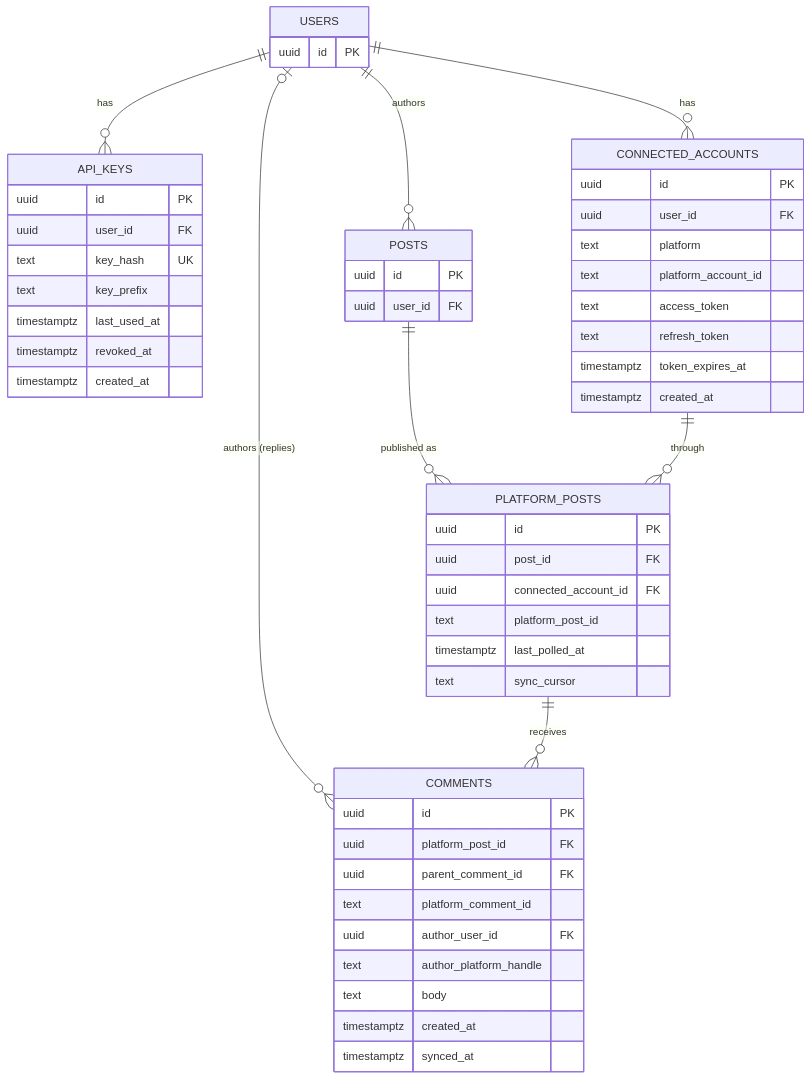
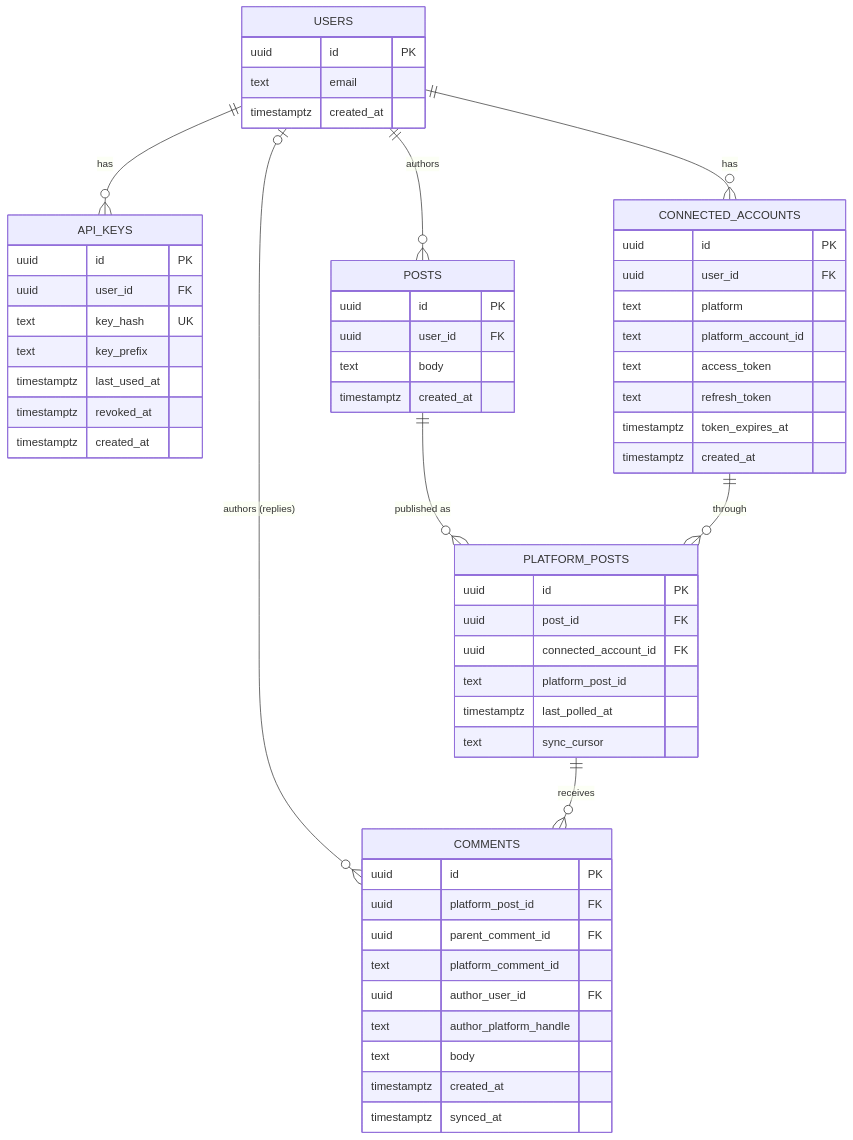
One commit to nesterone/assessment-blotato changed the diagram in docs/schema.mmd. Above: the diagram before and after it, drawn with Mermaid. The commit also changed 2 other files, not shown here.

Commit message:
Schema: flesh out users/posts stubs with host-system context fields

```diff
--- a/docs/schema.mmd
+++ b/docs/schema.mmd
@@ -1,54 +1,58 @@
 erDiagram
     USERS ||--o{ API_KEYS : "has"
     USERS ||--o{ CONNECTED_ACCOUNTS : "has"
     USERS ||--o{ POSTS : "authors"
     USERS |o--o{ COMMENTS : "authors (replies)"
     POSTS ||--o{ PLATFORM_POSTS : "published as"
     CONNECTED_ACCOUNTS ||--o{ PLATFORM_POSTS : "through"
     PLATFORM_POSTS ||--o{ COMMENTS : "receives"
 
     USERS {
         uuid id PK
+        text email
+        timestamptz created_at
     }
     API_KEYS {
         uuid id PK
         uuid user_id FK
         text key_hash UK
         text key_prefix
         timestamptz last_used_at
         timestamptz revoked_at
         timestamptz created_at
     }
     CONNECTED_ACCOUNTS {
         uuid id PK
         uuid user_id FK
         text platform
         text platform_account_id
         text access_token
         text refresh_token
         timestamptz token_expires_at
         timestamptz created_at
     }
     POSTS {
         uuid id PK
         uuid user_id FK
+        text body
+        timestamptz created_at
     }
     PLATFORM_POSTS {
         uuid id PK
         uuid post_id FK
         uuid connected_account_id FK
         text platform_post_id
         timestamptz last_polled_at
         text sync_cursor
     }
     COMMENTS {
         uuid id PK
         uuid platform_post_id FK
         uuid parent_comment_id FK
         text platform_comment_id
         uuid author_user_id FK
         text author_platform_handle
         text body
         timestamptz created_at
         timestamptz synced_at
     }
```
